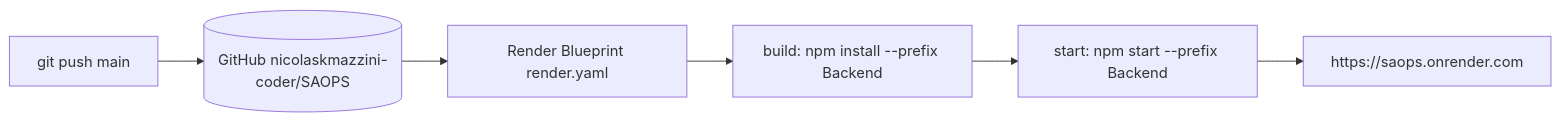
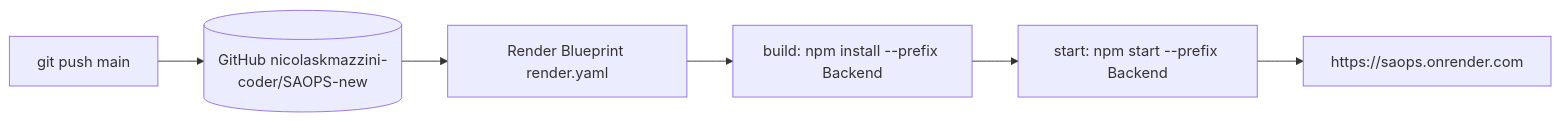
The eighth of 9 diagrams in DIAGRAMAS.md (mateusACM/SAOPS), drawn with Mermaid before and after one commit. The commit also changed 2 other files, not shown here.

Commit message:
Renomeia repositorio para SAOPS-new

````diff
--- a/DIAGRAMAS.md
+++ b/DIAGRAMAS.md
@@ -211,8 +211,8 @@
 ```mermaid
 flowchart LR
-    DEV["git push main"] --> GH[("GitHub nicolaskmazzini-coder/SAOPS")]
+    DEV["git push main"] --> GH[("GitHub nicolaskmazzini-coder/SAOPS-new")]
     GH --> R["Render Blueprint render.yaml"]
     R --> B["build: npm install --prefix Backend"]
     B --> S["start: npm start --prefix Backend"]
     S --> P["https://saops.onrender.com"]
 ```
````
